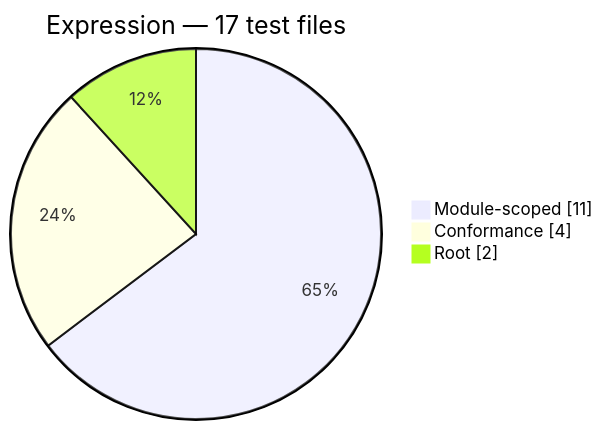
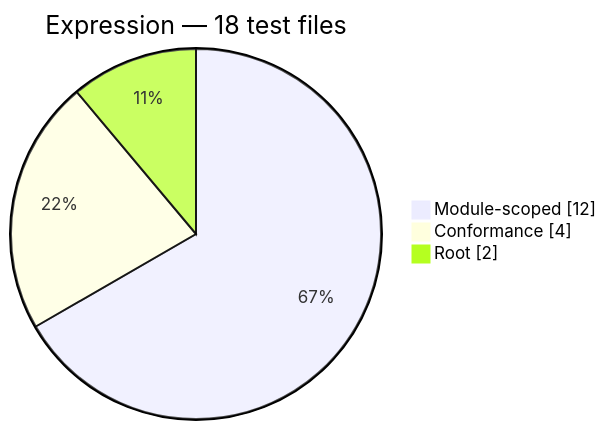
The second of 12 diagrams in docs/generated/test-composition.md (Mohammed-Alama/php-arazzo), drawn with Mermaid before and after one commit. The commit also changed other lines of this file and 9 other files, not shown here.

````diff
--- a/docs/generated/test-composition.md
+++ b/docs/generated/test-composition.md
@@ -28,7 +28,7 @@
 ```mermaid
 pie showData
-    title Expression — 17 test files
-    "Module-scoped": 11
+    title Expression — 18 test files
+    "Module-scoped": 12
     "Conformance": 4
     "Root": 2
 ```
````
